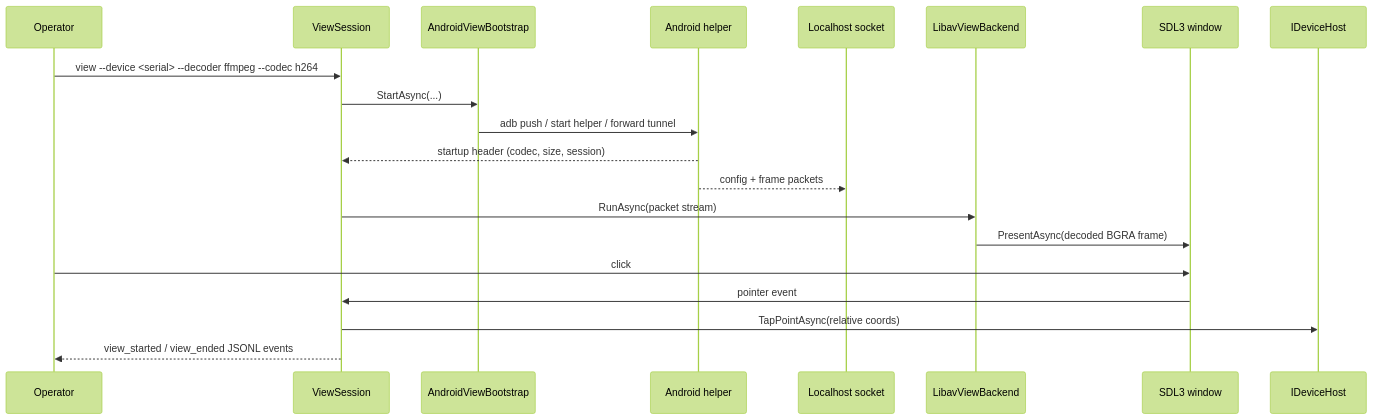
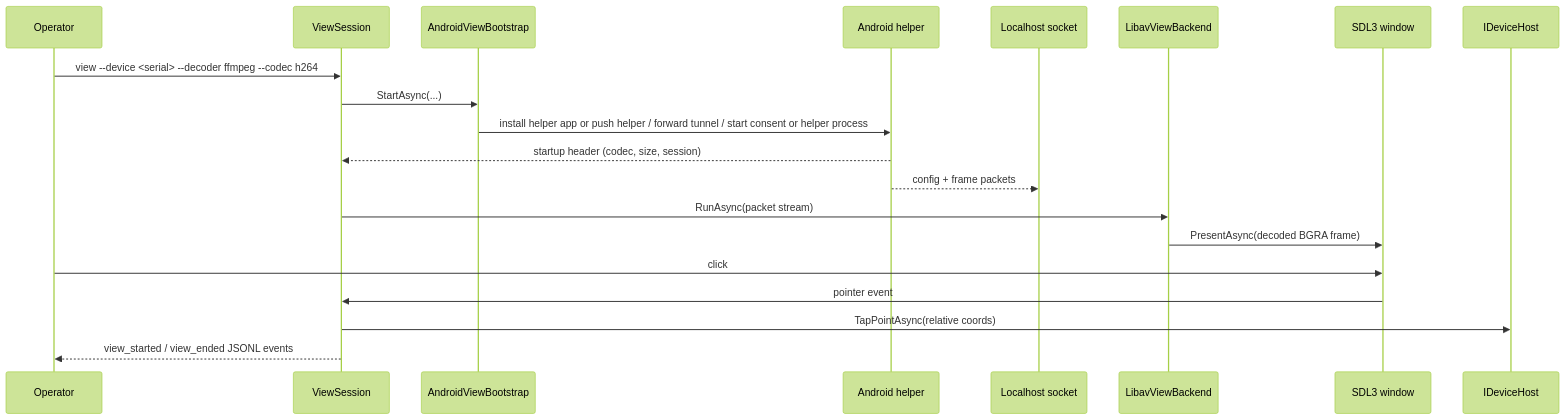
The second of 2 diagrams in docs/architecture.md (digablesolutions/luotsi), drawn with Mermaid (forest theme) before and after one commit. The commit also changed other lines of this file and 89 other files, not shown here.

````diff
--- a/docs/architecture.md
+++ b/docs/architecture.md
@@ -71,23 +73,23 @@
 ```mermaid
 sequenceDiagram
     participant User as Operator
     participant CLI as ViewSession
     participant Bootstrap as AndroidViewBootstrap
     participant Device as Android helper
     participant Stream as Localhost socket
     participant Backend as LibavViewBackend
     participant Window as SDL3 window
     participant Host as IDeviceHost
 
     User->>CLI: view --device <serial> --decoder ffmpeg --codec h264
     CLI->>Bootstrap: StartAsync(...)
-    Bootstrap->>Device: adb push / start helper / forward tunnel
+    Bootstrap->>Device: install helper app or push helper / forward tunnel / start consent or helper process
     Device-->>CLI: startup header (codec, size, session)
     Device-->>Stream: config + frame packets
     CLI->>Backend: RunAsync(packet stream)
     Backend->>Window: PresentAsync(decoded BGRA frame)
     User->>Window: click
     Window->>CLI: pointer event
     CLI->>Host: TapPointAsync(relative coords)
     CLI-->>User: view_started / view_ended JSONL events
 ```
````
